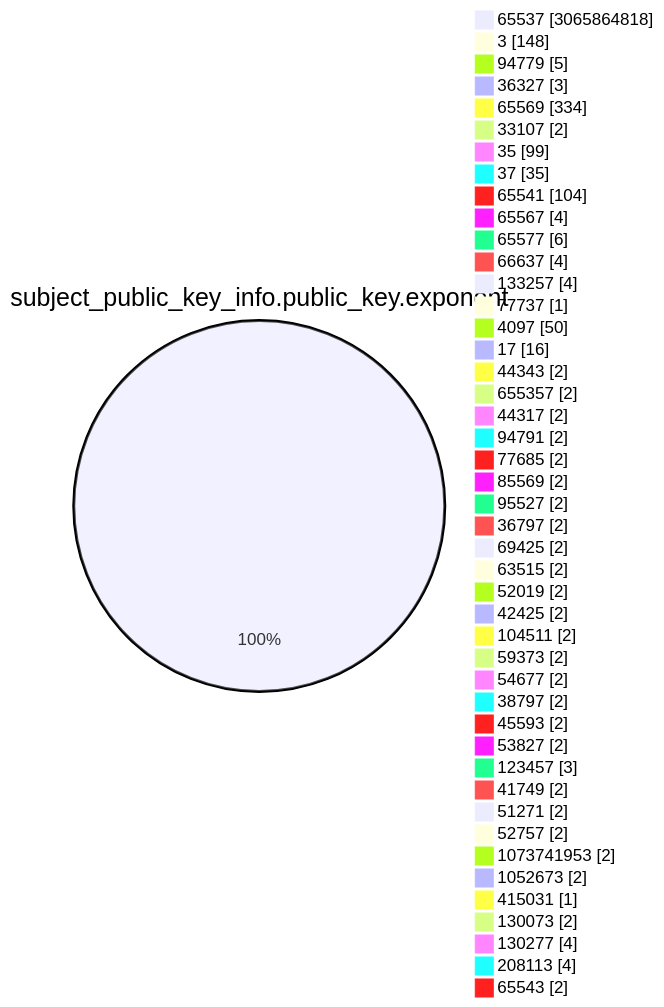
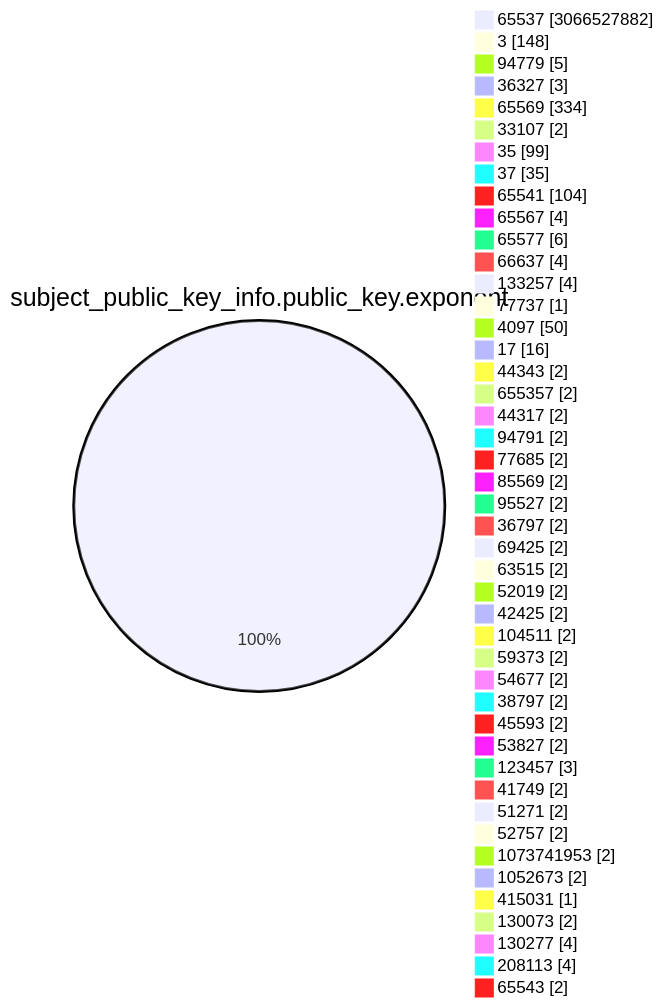
Before and after one commit to christiankrug/ctmonitor_visualization: the fourth of 15 diagrams in TOTAL/README.md, drawn with Mermaid. The commit also changed other lines of this file, not shown here.

````diff
--- a/TOTAL/README.md
+++ b/TOTAL/README.md
@@ -1473,49 +1473,49 @@
 ```mermaid
 pie showData
 title subject_public_key_info.public_key.exponent
-"65537" :3065864818
+"65537" :3066527882
 "3" :148
 "94779" :5
 "36327" :3
 "65569" :334
 "33107" :2
 "35" :99
 "37" :35
 "65541" :104
 "65567" :4
 "65577" :6
 "66637" :4
 "133257" :4
 "77737" :1
 "4097" :50
 "17" :16
 "44343" :2
 "655357" :2
 "44317" :2
 "94791" :2
 "77685" :2
 "85569" :2
 "95527" :2
 "36797" :2
 "69425" :2
 "63515" :2
 "52019" :2
 "42425" :2
 "104511" :2
 "59373" :2
 "54677" :2
 "38797" :2
 "45593" :2
 "53827" :2
 "123457" :3
 "41749" :2
 "51271" :2
 "52757" :2
 "1073741953" :2
 "1052673" :2
 "415031" :1
 "130073" :2
 "130277" :4
 "208113" :4
 "65543" :2
 ```
````
